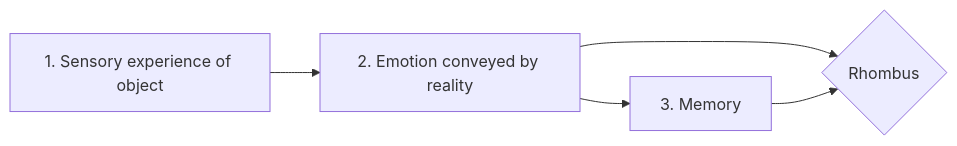
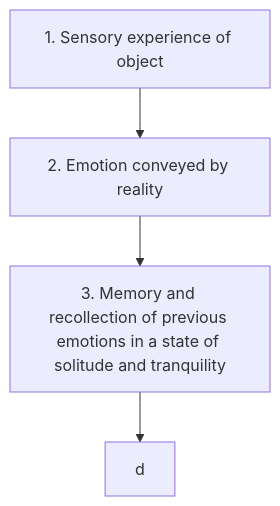
One commit to MatMasIt/notesArchive changed the diagram in latest/Inglese/2021/ottobre/lunedì_11/13_13_00/apppunti.md. Above: the diagram before and after it, drawn with Mermaid. The commit also changed other lines of this file, not shown here.

Commit message:
latest/Inglese/2021/ottobre/lunedì_11/13_13_00/apppunti.md updated from https://stackedit.io/

````diff
--- a/latest/Inglese/2021/ottobre/lunedì_11/13_13_00/apppunti.md
+++ b/latest/Inglese/2021/ottobre/lunedì_11/13_13_00/apppunti.md
@@ -7,12 +7,9 @@
 ```mermaid
 
-graph LR
+graph TD
 
 A[1. Sensory experience of object] --> B[2. Emotion conveyed by reality]
-B --> C[3. Memory ]
-
-B --> D{Rhombus}
-
-C --> D
+B --> C[3. Memory and recollection of previous emotions in a state of solitude and tranquility]
+C --> D[d]
 
 ```
````
